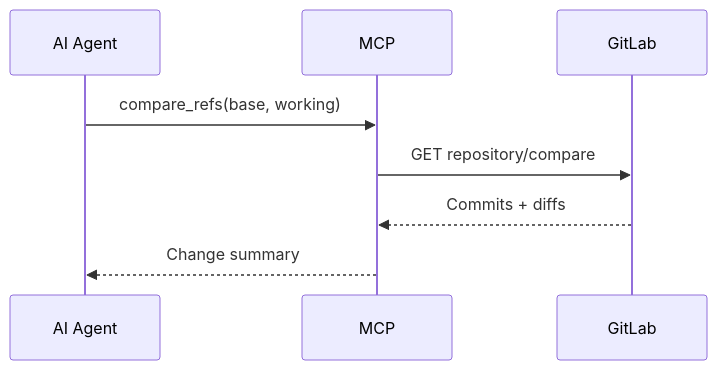
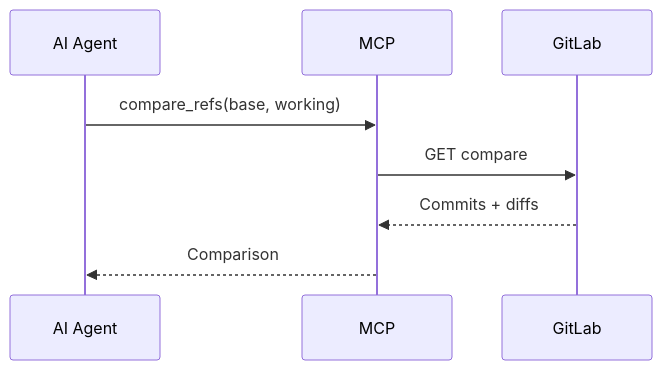
Before and after one commit to SkySai1/ArchRepoMCP: diagram 11 of 15 in AGENTS.md, drawn with Mermaid. The commit also changed other lines of this file, not shown here.

````diff
--- a/AGENTS.md
+++ b/AGENTS.md
@@ -978,11 +1261,11 @@
 ```mermaid
 sequenceDiagram
     participant A as AI Agent
     participant M as MCP
     participant G as GitLab
 
     A->>M: compare_refs(base, working)
-    M->>G: GET repository/compare
+    M->>G: GET compare
     G-->>M: Commits + diffs
-    M-->>A: Change summary
+    M-->>A: Comparison
 ```
````
